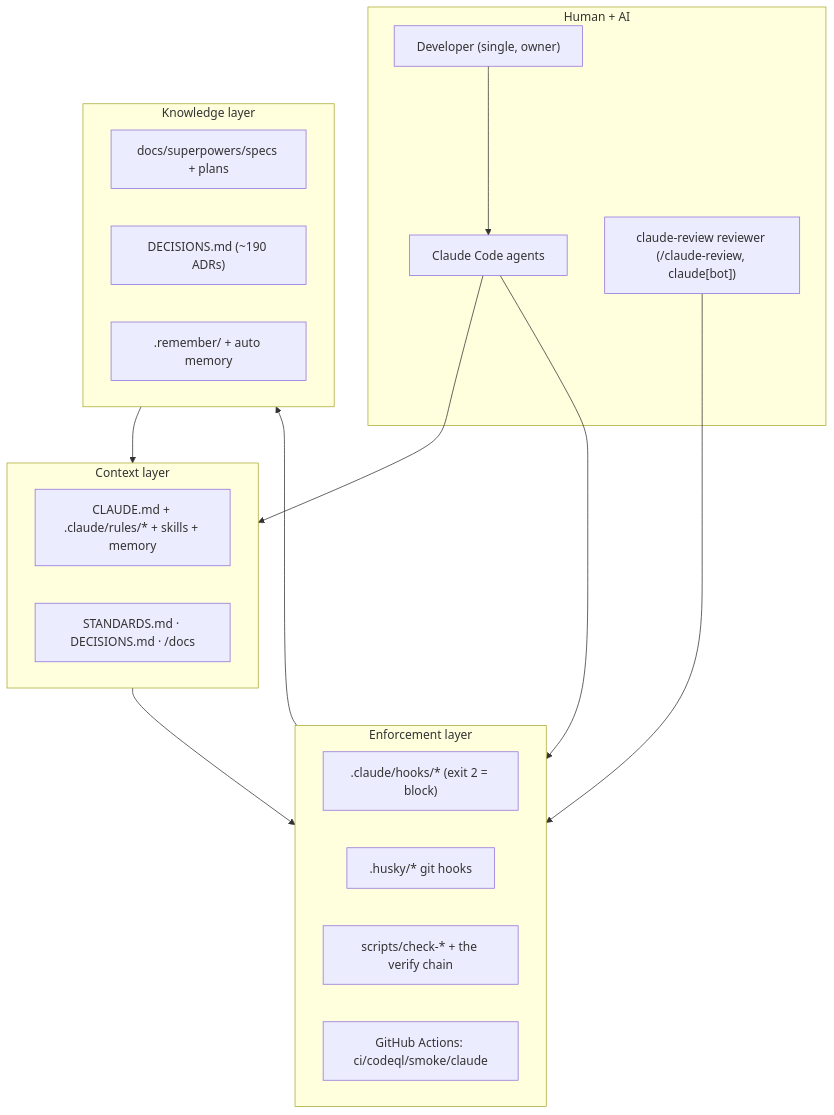
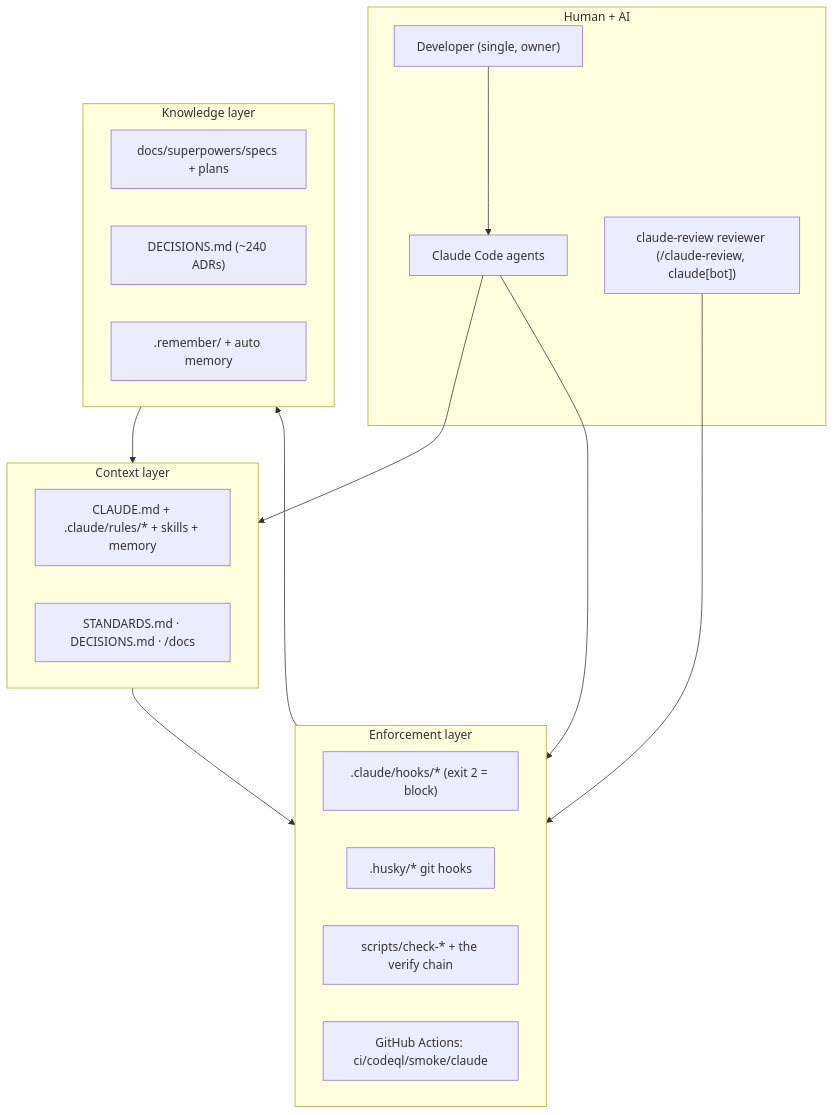
Before and after one commit to erikunha/portfolio: the diagram in docs/handbook/README.md, drawn with Mermaid. The commit also changed other lines of this file and 12 other files, not shown here.

Commit message:
docs: sync ARCHITECTURE, handbook & README to current code state (#203)

````diff
--- a/docs/handbook/README.md
+++ b/docs/handbook/README.md
@@ -33,30 +33,30 @@
 ```mermaid
 flowchart TB
     subgraph people["Human + AI"]
         dev["Developer (single, owner)"]
         claude["Claude Code agents"]
         claudereview["claude-review reviewer (/claude-review, claude[bot])"]
     end
     subgraph context["Context layer"]
         cl["CLAUDE.md + .claude/rules/* + skills + memory"]
         docs["STANDARDS.md · DECISIONS.md · /docs"]
     end
     subgraph enforce["Enforcement layer"]
         hooks[".claude/hooks/* (exit 2 = block)"]
         husky[".husky/* git hooks"]
         gates["scripts/check-* + the verify chain"]
         ci["GitHub Actions: ci/codeql/smoke/claude"]
     end
     subgraph knowledge["Knowledge layer"]
         specs["docs/superpowers/specs + plans"]
-        adr["DECISIONS.md (~190 ADRs)"]
+        adr["DECISIONS.md (~240 ADRs)"]
         mem[".remember/ + auto memory"]
     end
     dev --> claude
     claude --> context
     context --> enforce
     claude --> enforce
     claudereview --> enforce
     enforce --> knowledge
     knowledge --> context
 ```
````
